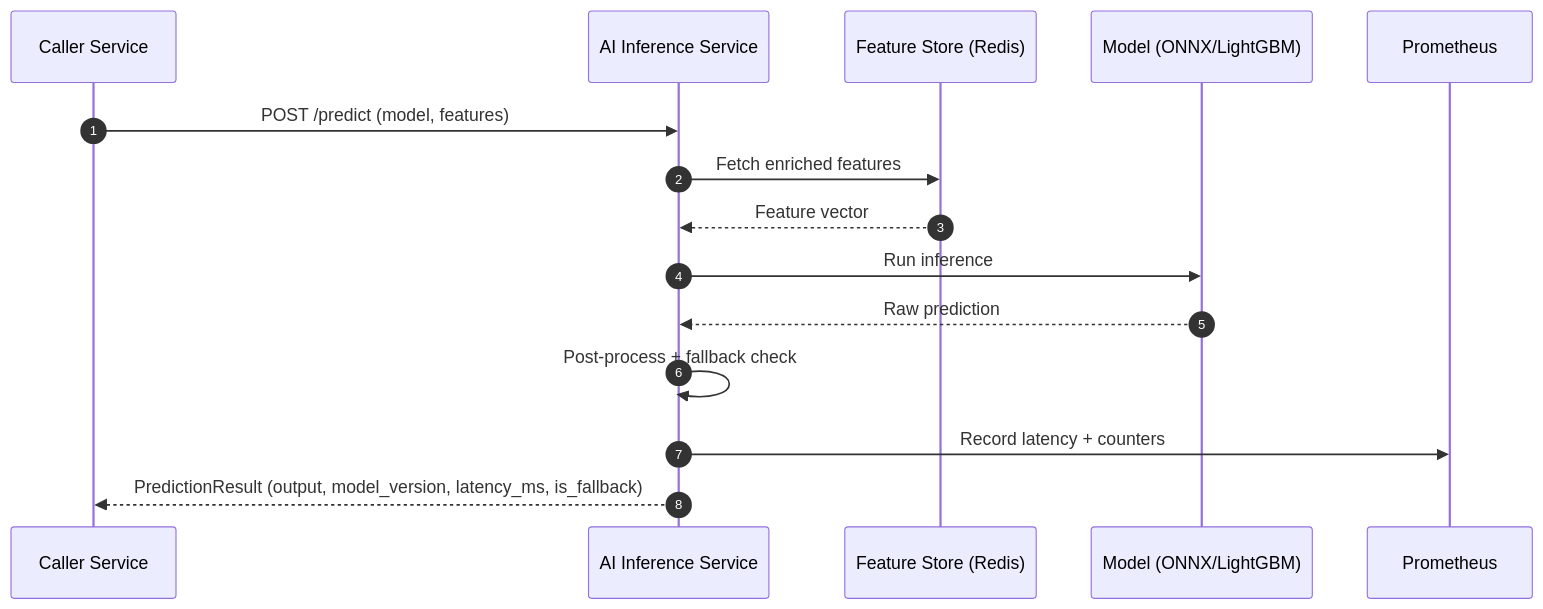
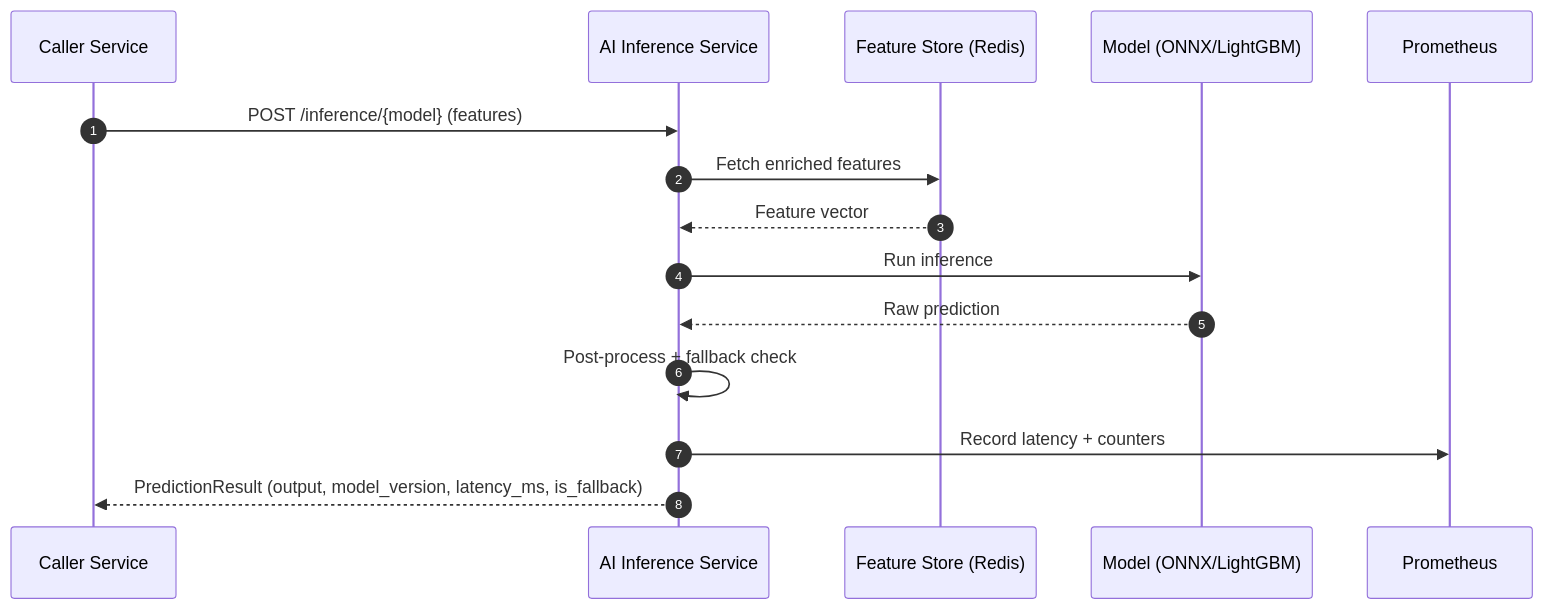
One commit to sunitakeazycommerz-a11y/InstaCommerce changed diagram 14 of 25 in docs/architecture/LLD.md. Above: the diagram before and after it, drawn with Mermaid. The commit also changed other lines of this file and 77 other files, not shown here.

First line of the commit message:
docs: reconcile monorepo architecture, services and runbooks with codebase truth

````diff
--- a/docs/architecture/LLD.md
+++ b/docs/architecture/LLD.md
@@ -812,18 +812,18 @@
 ```mermaid
 sequenceDiagram
     autonumber
     participant C as Caller Service
     participant AI as AI Inference Service
     participant FS as Feature Store (Redis)
     participant M as Model (ONNX/LightGBM)
     participant PR as Prometheus
 
-    C->>AI: POST /predict (model, features)
+    C->>AI: POST /inference/{model} (features)
     AI->>FS: Fetch enriched features
     FS-->>AI: Feature vector
     AI->>M: Run inference
     M-->>AI: Raw prediction
     AI->>AI: Post-process + fallback check
     AI->>PR: Record latency + counters
     AI-->>C: PredictionResult (output, model_version, latency_ms, is_fallback)
 ```
````
